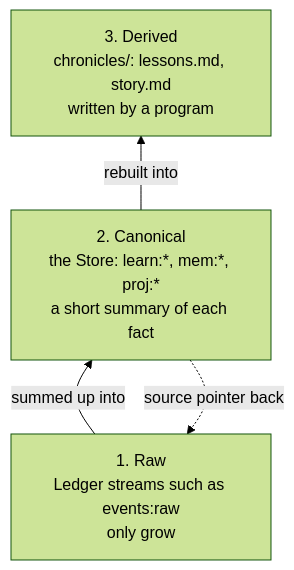
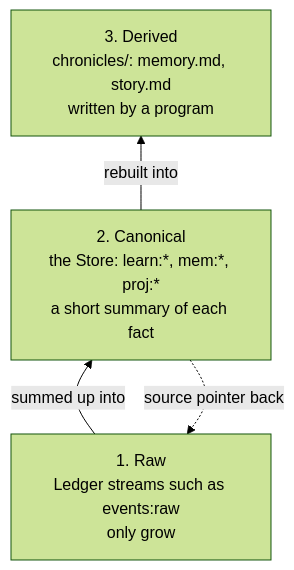
The diagram in apps/docs/content/docs/concepts/foundations/knowledge-layers.mdx (balanced7/akashic-aurora), drawn with Mermaid (forest theme) before and after one commit. The commit also changed other lines of this file and 2 other files, not shown here.

Commit message:
docs(docs-site): correct chronicles, library and knowledge layers
A dormant helper can still overwrite memory.md, the old chronicle program is archived,
and SHELVES.md counts lag. Knowledge layers now uses memory.md and story.md as its
derived examples instead of the stale lessons.md.

````diff
--- a/apps/docs/content/docs/concepts/foundations/knowledge-layers.mdx
+++ b/apps/docs/content/docs/concepts/foundations/knowledge-layers.mdx
@@ -16,9 +16,9 @@
 ```mermaid
 flowchart BT
   raw["1. Raw<br/>Ledger streams such as events:raw<br/>only grow"]
   canon["2. Canonical<br/>the Store: learn:*, mem:*, proj:*<br/>a short summary of each fact"]
-  derived["3. Derived<br/>chronicles/: lessons.md, story.md<br/>written by a program"]
+  derived["3. Derived<br/>chronicles/: memory.md, story.md<br/>written by a program"]
   raw -- "summed up into" --> canon
   canon -. "source pointer back" .-> raw
   canon -- "rebuilt into" --> derived
 ```
````
